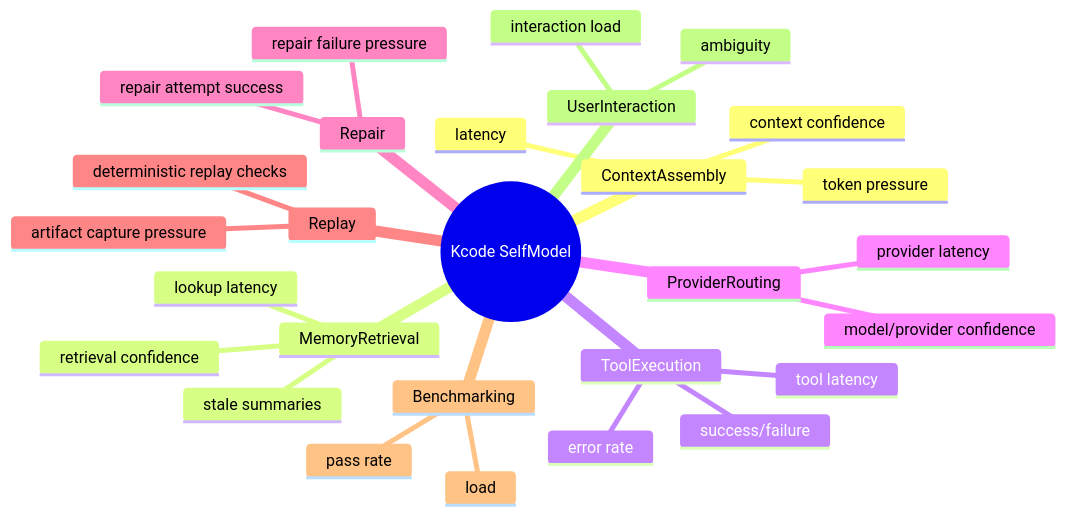
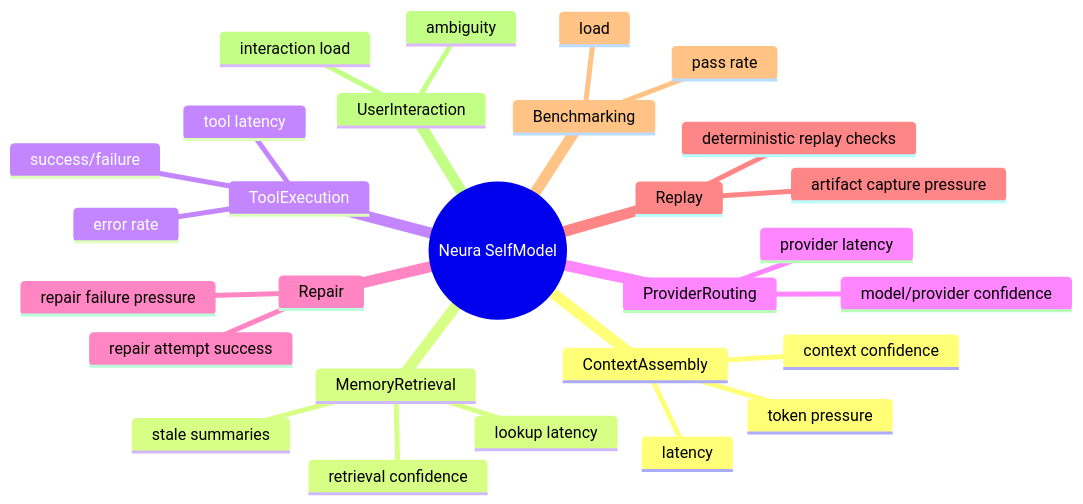
One commit to icedmoca/neura changed the sixth of 14 diagrams in docs/aboutmemoryandflow.md. Above: the diagram before and after it, drawn with Mermaid. The commit also changed other lines of this file and 562 other files, not shown here.

Commit message:
Rename Kcode to Neura

````diff
--- a/docs/aboutmemoryandflow.md
+++ b/docs/aboutmemoryandflow.md
@@ -386,31 +386,31 @@
 ```mermaid
 mindmap
-  root((Kcode SelfModel))
+  root((Neura SelfModel))
     ContextAssembly
       token pressure
       context confidence
       latency
     MemoryRetrieval
       stale summaries
       retrieval confidence
       lookup latency
     ToolExecution
       success/failure
       error rate
       tool latency
     ProviderRouting
       model/provider confidence
       provider latency
     Repair
       repair attempt success
       repair failure pressure
     Replay
       deterministic replay checks
       artifact capture pressure
     Benchmarking
       pass rate
       load
     UserInteraction
       ambiguity
       interaction load
 ```
````
